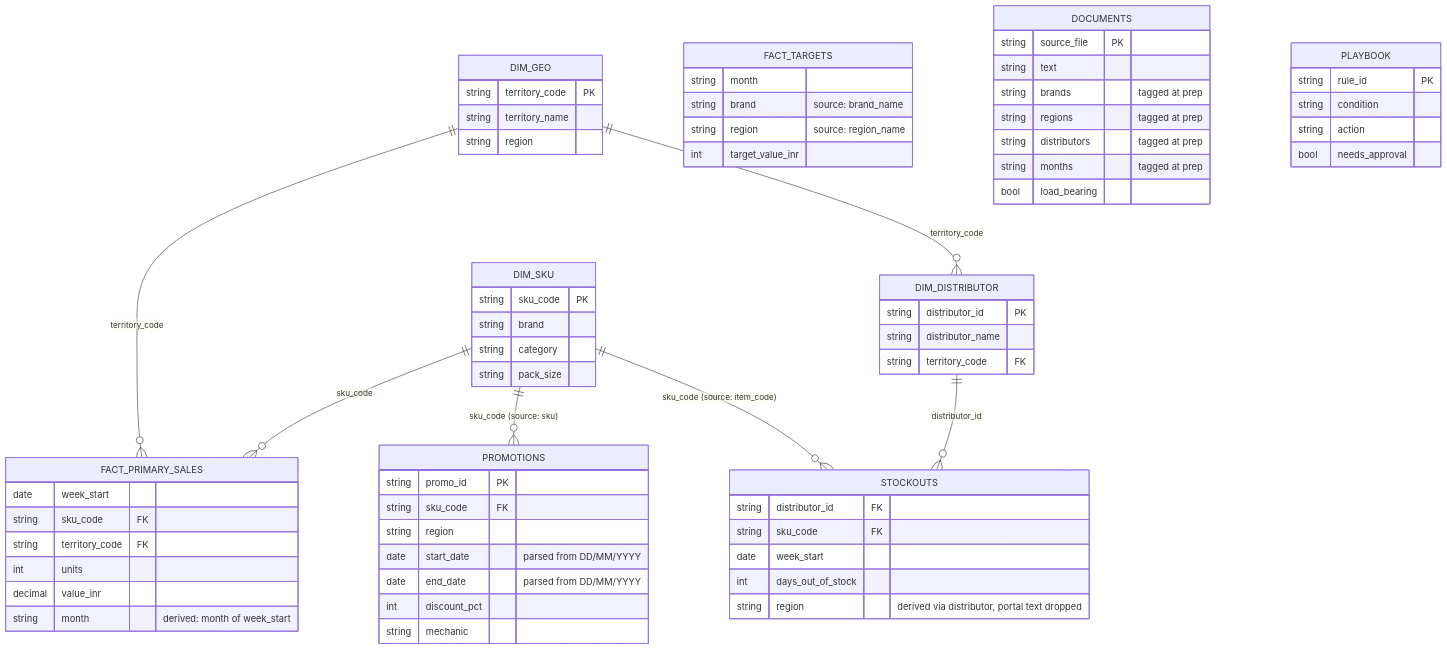
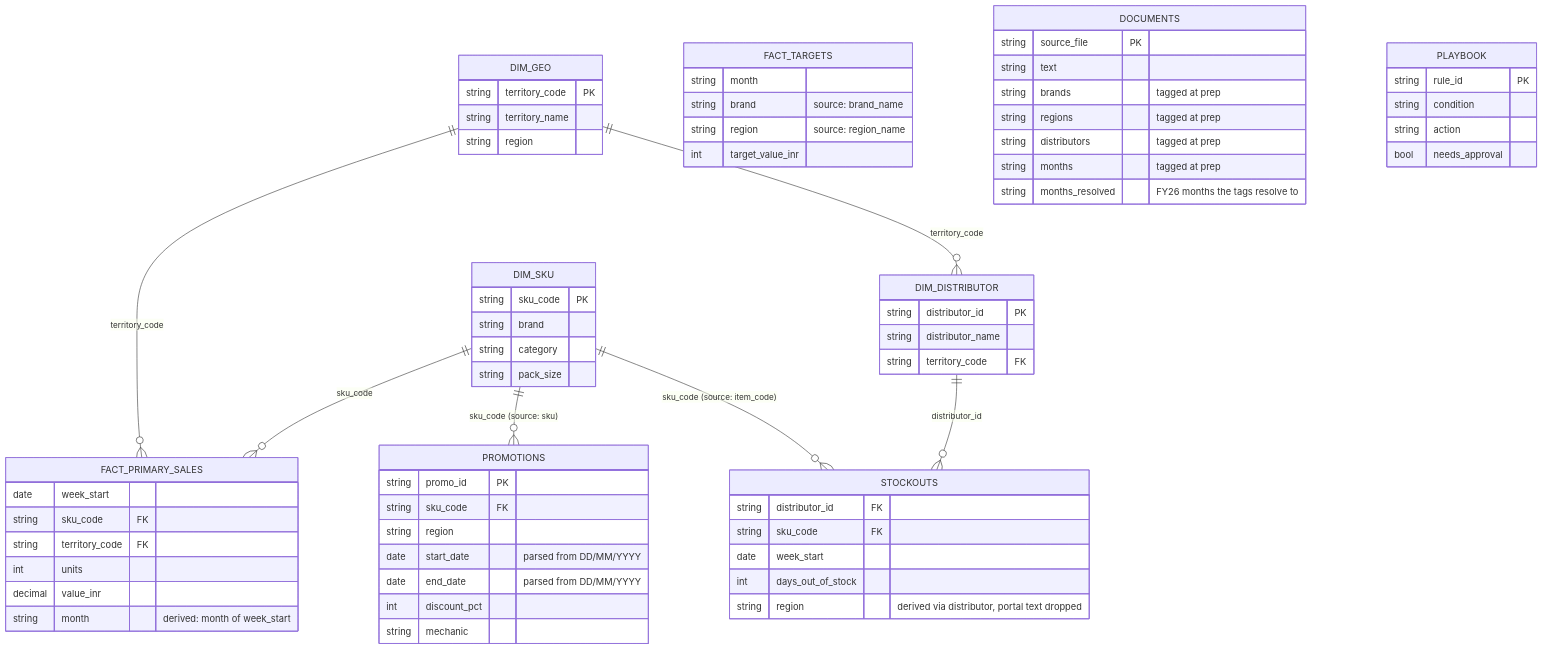
The third of 8 diagrams in DESIGN.md (ShahStavan/acpl-sales-assistant), drawn with Mermaid before and after one commit. The commit also changed other lines of this file and 3 other files, not shown here.

````diff
--- a/DESIGN.md
+++ b/DESIGN.md
@@ -236,71 +236,71 @@
 ```mermaid
 erDiagram
     DIM_SKU ||--o{ FACT_PRIMARY_SALES : sku_code
     DIM_GEO ||--o{ FACT_PRIMARY_SALES : territory_code
     DIM_GEO ||--o{ DIM_DISTRIBUTOR : territory_code
     DIM_DISTRIBUTOR ||--o{ STOCKOUTS : distributor_id
     DIM_SKU ||--o{ STOCKOUTS : "sku_code (source: item_code)"
     DIM_SKU ||--o{ PROMOTIONS : "sku_code (source: sku)"
 
     FACT_PRIMARY_SALES {
         date week_start
         string sku_code FK
         string territory_code FK
         int units
         decimal value_inr
         string month "derived: month of week_start"
     }
     FACT_TARGETS {
         string month
         string brand "source: brand_name"
         string region "source: region_name"
         int target_value_inr
     }
     STOCKOUTS {
         string distributor_id FK
         string sku_code FK
         date week_start
         int days_out_of_stock
         string region "derived via distributor, portal text dropped"
     }
     PROMOTIONS {
         string promo_id PK
         string sku_code FK
         string region
         date start_date "parsed from DD/MM/YYYY"
         date end_date "parsed from DD/MM/YYYY"
         int discount_pct
         string mechanic
     }
     DIM_SKU {
         string sku_code PK
         string brand
         string category
         string pack_size
     }
     DIM_GEO {
         string territory_code PK
         string territory_name
         string region
     }
     DIM_DISTRIBUTOR {
         string distributor_id PK
         string distributor_name
         string territory_code FK
     }
     DOCUMENTS {
         string source_file PK
         string text
         string brands "tagged at prep"
         string regions "tagged at prep"
         string distributors "tagged at prep"
         string months "tagged at prep"
-        bool load_bearing
+        string months_resolved "FY26 months the tags resolve to"
     }
     PLAYBOOK {
         string rule_id PK
         string condition
         string action
         bool needs_approval
     }
 ```
````
